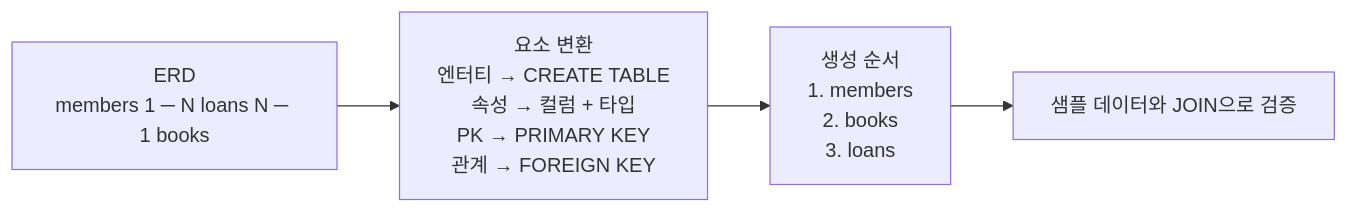
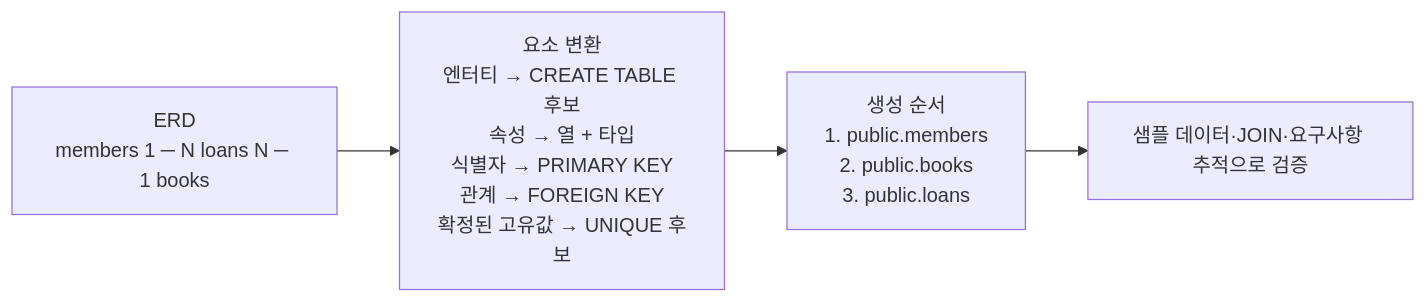
One commit to GilbertMoon/ai-database-book changed the diagram in images/chapter05/ch05_07_erd_to_sql_flow.mmd. Above: the diagram before and after it, drawn with Mermaid.

Commit message:
Sync Chapter 05 ERD conversion source with confirmed-rule flow

```diff
--- a/images/chapter05/ch05_07_erd_to_sql_flow.mmd
+++ b/images/chapter05/ch05_07_erd_to_sql_flow.mmd
@@ -1,6 +1,6 @@
 flowchart LR
-    A[ERD<br/>members 1 ─ N loans N ─ 1 books]
-    B[요소 변환<br/>엔터티 → CREATE TABLE<br/>속성 → 컬럼 + 타입<br/>PK → PRIMARY KEY<br/>관계 → FOREIGN KEY]
-    C[생성 순서<br/>1. members<br/>2. books<br/>3. loans]
-    D[샘플 데이터와 JOIN으로 검증]
+    A["ERD<br/>members 1 ─ N loans N ─ 1 books"]
+    B["요소 변환<br/>엔터티 → CREATE TABLE 후보<br/>속성 → 열 + 타입<br/>식별자 → PRIMARY KEY<br/>관계 → FOREIGN KEY<br/>확정된 고유값 → UNIQUE 후보"]
+    C["생성 순서<br/>1. public.members<br/>2. public.books<br/>3. public.loans"]
+    D["샘플 데이터·JOIN·요구사항 추적으로 검증"]
     A --> B --> C --> D
```
